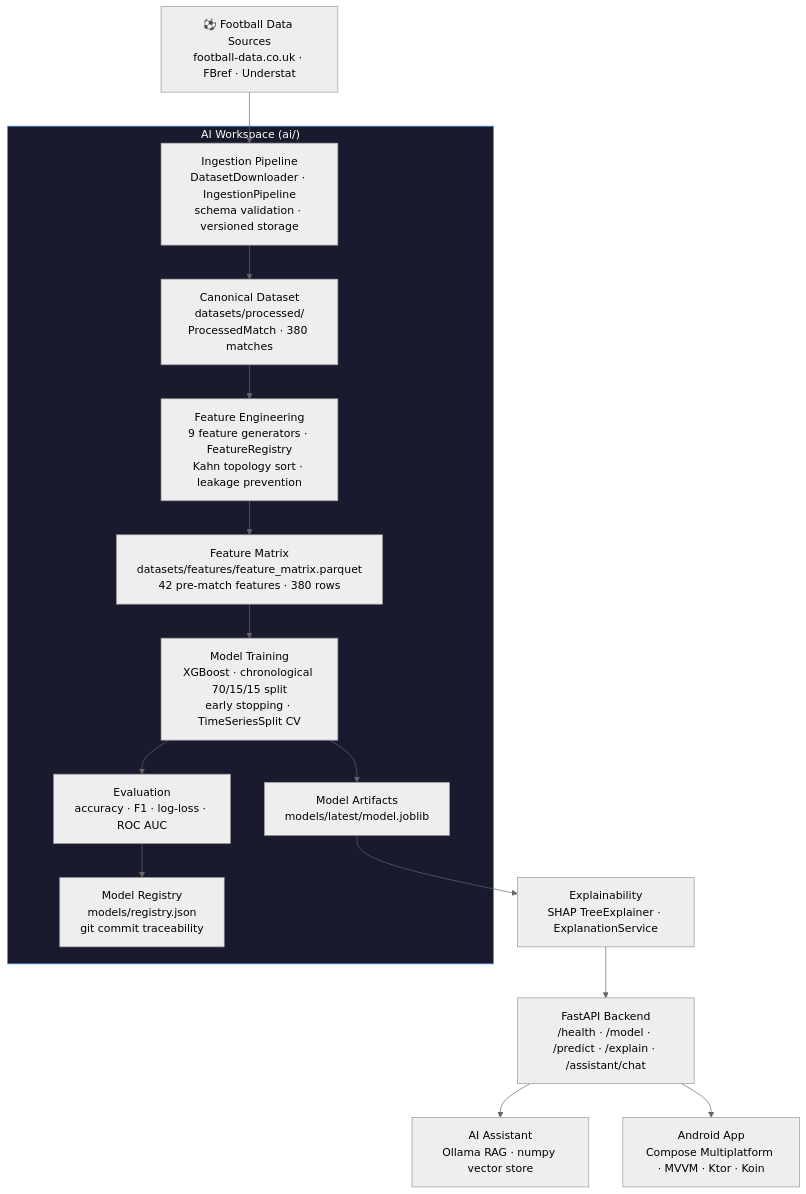
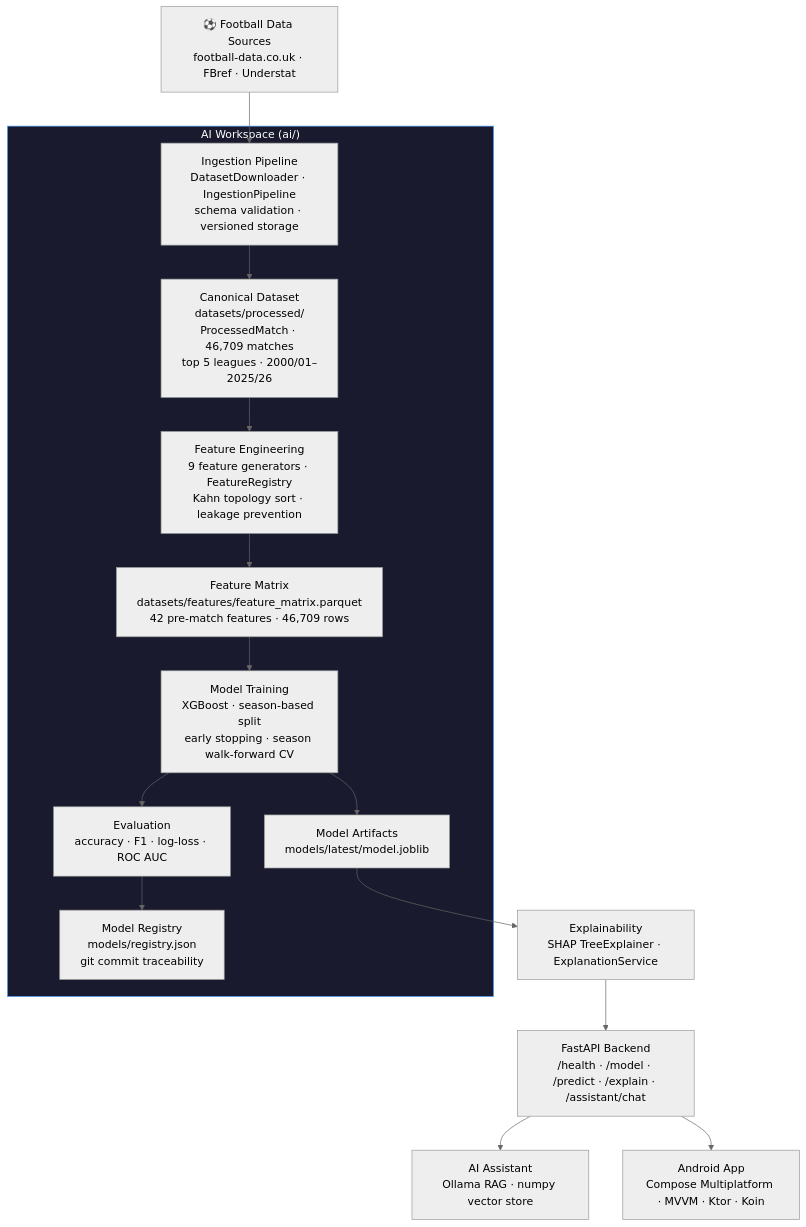
The first of 6 diagrams in README.md (SumukhaK/football-intelligence-platform), drawn with Mermaid (neutral theme) before and after one commit. The commit also changed other lines of this file, not shown here.

````diff
--- a/README.md
+++ b/README.md
@@ -52,22 +52,22 @@
 ```mermaid
 flowchart TD
     A["⚽ Football Data Sources\nfootball-data.co.uk · FBref · Understat"] --> B
 
     subgraph AI["AI Workspace (ai/)"]
         B["Ingestion Pipeline\nDatasetDownloader · IngestionPipeline\nschema validation · versioned storage"] --> C
-        C["Canonical Dataset\ndatasets/processed/\nProcessedMatch · 380 matches"] --> D
+        C["Canonical Dataset\ndatasets/processed/\nProcessedMatch · 46,709 matches\ntop 5 leagues · 2000/01–2025/26"] --> D
         D["Feature Engineering\n9 feature generators · FeatureRegistry\nKahn topology sort · leakage prevention"] --> E
-        E["Feature Matrix\ndatasets/features/feature_matrix.parquet\n42 pre-match features · 380 rows"] --> F
-        F["Model Training\nXGBoost · chronological 70/15/15 split\nearly stopping · TimeSeriesSplit CV"] --> G
+        E["Feature Matrix\ndatasets/features/feature_matrix.parquet\n42 pre-match features · 46,709 rows"] --> F
+        F["Model Training\nXGBoost · season-based split\nearly stopping · season walk-forward CV"] --> G
         G["Evaluation\naccuracy · F1 · log-loss · ROC AUC"] --> H
         H["Model Registry\nmodels/registry.json\ngit commit traceability"]
         F --> I["Model Artifacts\nmodels/latest/model.joblib"]
     end
 
     I --> J["Explainability\nSHAP TreeExplainer · ExplanationService"]
     J --> K["FastAPI Backend\n/health · /model · /predict · /explain · /assistant/chat"]
     K --> L["AI Assistant\nOllama RAG · numpy vector store"]
     K --> M["Android App\nCompose Multiplatform · MVVM · Ktor · Koin"]
 
     style AI fill:#1a1a2e,stroke:#4a9eff,color:#ffffff
 ```
````
